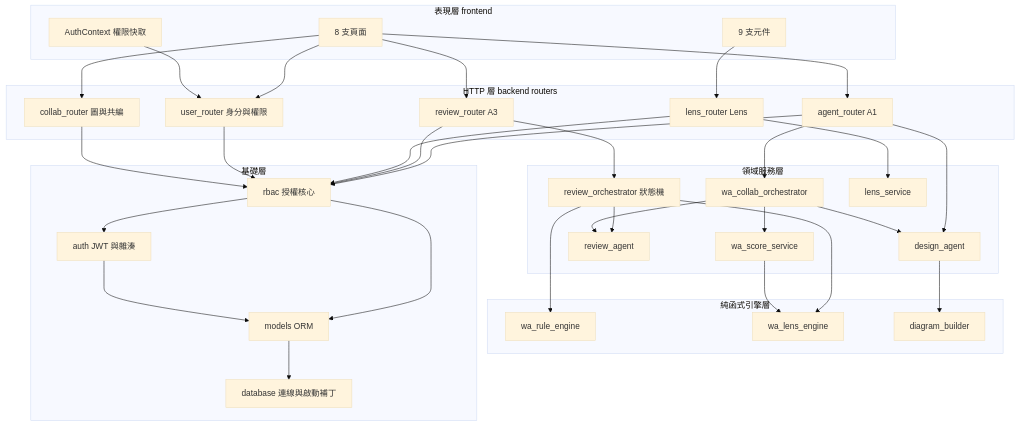
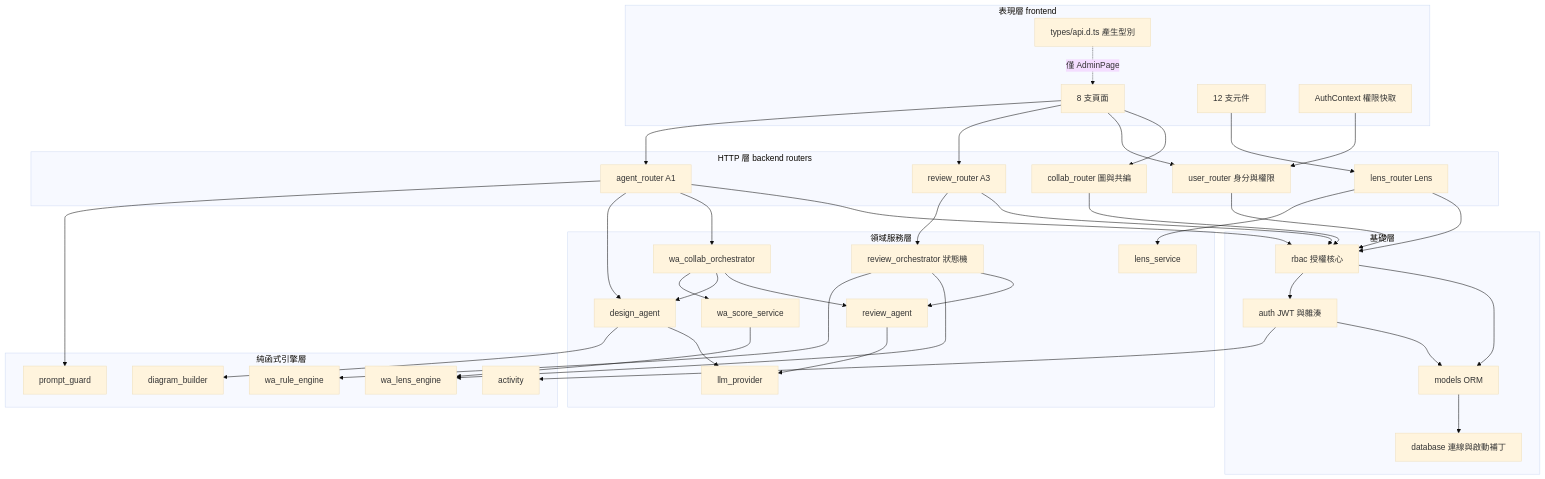
Before and after one commit to opendiamonds/awesome-firebase-use-cases: the fourth of 7 diagrams in aidlc/spaces/default/codekb/cloud-360/architecture.md, drawn with Mermaid (base theme). The commit also changed other lines of this file and 34 other files, not shown here.

````diff
--- a/aidlc/spaces/default/codekb/cloud-360/architecture.md
+++ b/aidlc/spaces/default/codekb/cloud-360/architecture.md
@@ -87,62 +213,71 @@
 ```mermaid
 graph TD
     subgraph L1["表現層 frontend"]
         PAGES["8 支頁面"]
-        COMPS["9 支元件"]
+        COMPS["12 支元件"]
         AUTHCTX["AuthContext 權限快取"]
+        TYPES["types/api.d.ts 產生型別"]
     end
     subgraph L2["HTTP 層 backend routers"]
         R1["agent_router A1"]
         R2["review_router A3"]
         R3["lens_router Lens"]
         R4["user_router 身分與權限"]
         R5["collab_router 圖與共編"]
     end
     subgraph L3["領域服務層"]
         ORCH["review_orchestrator 狀態機"]
         WACOL["wa_collab_orchestrator"]
         DAGENT["design_agent"]
         RAGENT["review_agent"]
         LSVC["lens_service"]
         SCORE["wa_score_service"]
+        LLMP["llm_provider"]
     end
     subgraph L4["純函式引擎層"]
         RULE["wa_rule_engine"]
         LENS["wa_lens_engine"]
         BUILD["diagram_builder"]
+        ACT["activity"]
+        PG2["prompt_guard"]
     end
     subgraph L5["基礎層"]
         RBAC["rbac 授權核心"]
         AUTH["auth JWT 與雜湊"]
         MODELS["models ORM"]
         DBM["database 連線與啟動補丁"]
     end
 
     PAGES --> R1
     PAGES --> R2
     PAGES --> R4
     PAGES --> R5
     COMPS --> R3
     AUTHCTX --> R4
+    TYPES -. 僅 AdminPage .-> PAGES
+    R1 --> PG2
     R1 --> DAGENT
     R1 --> WACOL
     R2 --> ORCH
     R3 --> LSVC
     ORCH --> RULE
     ORCH --> LENS
     ORCH --> RAGENT
     WACOL --> SCORE
     WACOL --> DAGENT
     WACOL --> RAGENT
     SCORE --> LENS
     DAGENT --> BUILD
+    DAGENT --> LLMP
+    RAGENT --> LLMP
     R1 --> RBAC
     R2 --> RBAC
     R3 --> RBAC
     R4 --> RBAC
     R5 --> RBAC
     RBAC --> AUTH
     RBAC --> MODELS
+    AUTH --> ACT
     AUTH --> MODELS
     MODELS --> DBM
 ```
````
